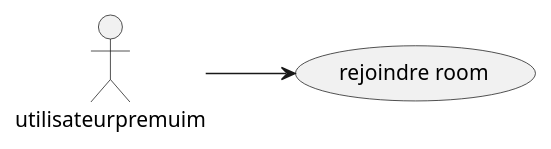
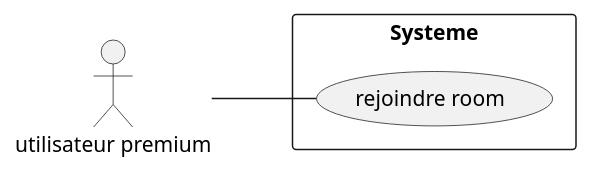
The diagram in Desktop/rapport/usecase/rejoindreroom.puml (benslimenmohamedaziz3-bot/diagrammes), drawn with PlantUML before and after one commit. The commit also changed 19 other files, not shown here.

```diff
--- a/Desktop/rapport/usecase/rejoindreroom.puml
+++ b/Desktop/rapport/usecase/rejoindreroom.puml
@@ -1,10 +1,16 @@
 @startuml
 left to right direction
+skinparam shadowing false
+skinparam linetype ortho
+skinparam nodesep 60
+skinparam ranksep 70
 
-actor "utilisateurpremuim" as Utilisateurpremium
+actor "utilisateur premium" as UtilisateurPremium
 
-usecase " rejoindre room" as UC1
+rectangle "Systeme" as Systeme {
+  usecase "rejoindre room" as UC1
+}
 
-Utilisateurpremium --> UC1
+UtilisateurPremium -- UC1
 
 @enduml
```
